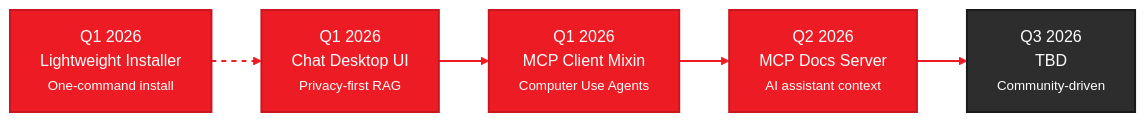
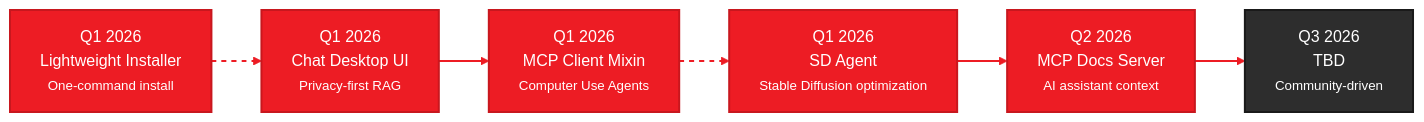
Before and after one commit to amd/gaia: the diagram in docs/roadmap.mdx, drawn with Mermaid. The commit also changed other lines of this file and 3 other files, not shown here.

Commit message:
SD Agent roadmap

````diff
--- a/docs/roadmap.mdx
+++ b/docs/roadmap.mdx
@@ -28,25 +28,29 @@
 ```mermaid
 %%{init: {'theme':'base', 'themeVariables': { 'primaryColor':'#ED1C24', 'primaryTextColor':'#fff', 'primaryBorderColor':'#C8171E', 'lineColor':'#F4484D', 'secondaryColor':'#2d2d2d', 'tertiaryColor':'#f5f5f5', 'fontSize':'16px', 'fontFamily': 'system-ui, -apple-system, sans-serif'}}}%%
 graph LR
     Q1["Q1 2026<br/>Lightweight Installer<br/><small>One-command install</small>"]
     Q1B["Q1 2026<br/>Chat Desktop UI<br/><small>Privacy-first RAG</small>"]
     Q1C["Q1 2026<br/>MCP Client Mixin<br/><small>Computer Use Agents</small>"]
+    Q1D["Q1 2026<br/>SD Agent<br/><small>Stable Diffusion optimization</small>"]
     Q2["Q2 2026<br/>MCP Docs Server<br/><small>AI assistant context</small>"]
     Q3["Q3 2026<br/>TBD<br/><small>Community-driven</small>"]
 
     Q1 -.-> Q1B
     Q1B --> Q1C
-    Q1C --> Q2
+    Q1C -.-> Q1D
+    Q1D --> Q2
     Q2 --> Q3
 
     style Q1 fill:#ED1C24,stroke:#C8171E,stroke-width:2px,color:#fff
     style Q1B fill:#ED1C24,stroke:#C8171E,stroke-width:2px,color:#fff
     style Q1C fill:#ED1C24,stroke:#C8171E,stroke-width:2px,color:#fff
+    style Q1D fill:#ED1C24,stroke:#C8171E,stroke-width:2px,color:#fff
     style Q2 fill:#ED1C24,stroke:#C8171E,stroke-width:2px,color:#fff
     style Q3 fill:#2d2d2d,stroke:#1a1a1a,stroke-width:2px,color:#fff
 
     linkStyle 0 stroke:#ED1C24,stroke-width:2px,stroke-dasharray: 5 5
     linkStyle 1 stroke:#ED1C24,stroke-width:2px
-    linkStyle 2 stroke:#ED1C24,stroke-width:2px
+    linkStyle 2 stroke:#ED1C24,stroke-width:2px,stroke-dasharray: 5 5
     linkStyle 3 stroke:#ED1C24,stroke-width:2px
+    linkStyle 4 stroke:#ED1C24,stroke-width:2px
 ```
````
